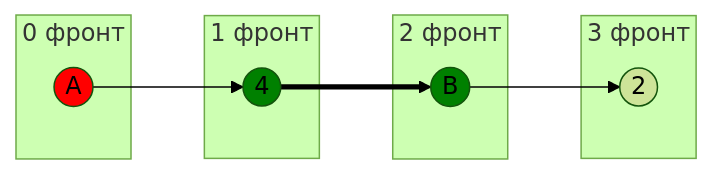
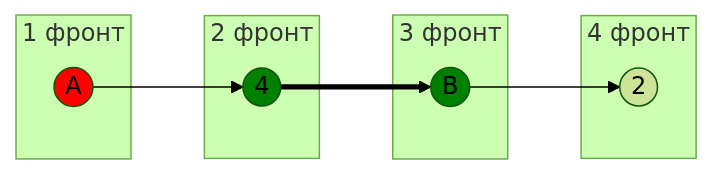
One commit to algos-ris-24-5/manual-tasks changed the seventh of 10 diagrams in Задание 8/DIVI.md. Above: the diagram before and after it, drawn with Mermaid (forest theme). The commit also changed other lines of this file, not shown here.

````diff
--- a/Задание 8/DIVI.md
+++ b/Задание 8/DIVI.md
@@ -240,20 +266,20 @@
 ```mermaid
 graph LR
-    subgraph "0 фронт"
+    subgraph "1 фронт"
         A((A))
     end
-    subgraph "1 фронт"
+    subgraph "2 фронт"
         4((4))
     end
-    subgraph "2 фронт"
+    subgraph "3 фронт"
         B((B))
     end
-    subgraph "3 фронт"
+    subgraph "4 фронт"
         2((2))
     end
     A --> 4 ==> B --> 2
     
     style A fill:#FF0000
     style B fill:#008000
     style 4 fill:#008000
 ```
````
